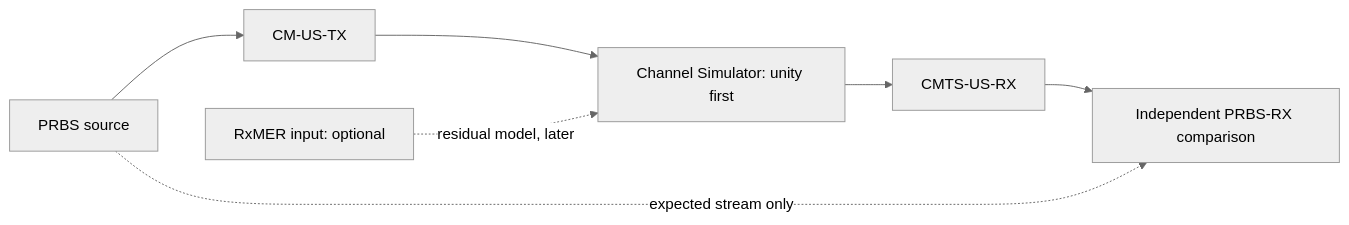
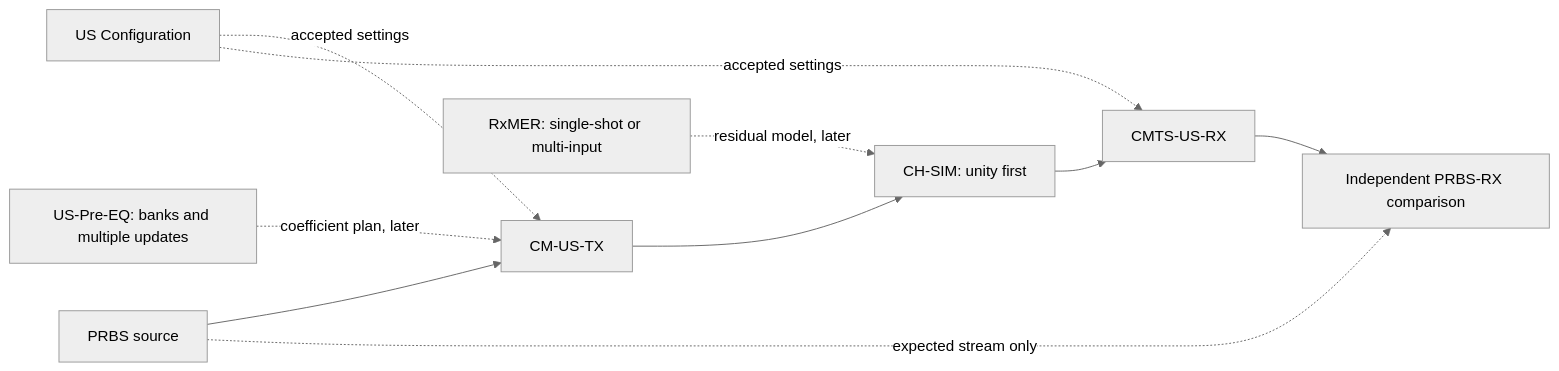
One commit to PyPNMApps/morgana changed the diagram in README.md. Above: the diagram before and after it, drawn with Mermaid (neutral theme). The commit also changed other lines of this file and 8 other files, not shown here.

Commit message:
Documentation: Define upstream configuration and PNM inputs - Simplify contents and name US Configuration - Cover single-shot and multiple PNM inputs - Define Pre-EQ update replay and planned paths - Tests: Local validation and navigation checks pass

````diff
--- a/README.md
+++ b/README.md
@@ -93,9 +93,12 @@
 ```mermaid
 flowchart LR
     SOURCE[PRBS source] --> TX[CM-US-TX]
-    TX --> CHANNEL[Channel Simulator: unity first]
-    MER[RxMER input: optional] -. residual model, later .-> CHANNEL
+    TX --> CHANNEL[CH-SIM: unity first]
+    MER[RxMER: single-shot or multi-input] -. residual model, later .-> CHANNEL
+    PRE[US-Pre-EQ: banks and multiple updates] -. coefficient plan, later .-> TX
+    CFG[US Configuration] -. accepted settings .-> TX
+    CFG -. accepted settings .-> RX
     CHANNEL --> RX[CMTS-US-RX]
     RX --> VERIFY[Independent PRBS-RX comparison]
     SOURCE -. expected stream only .-> VERIFY
 ```
````
